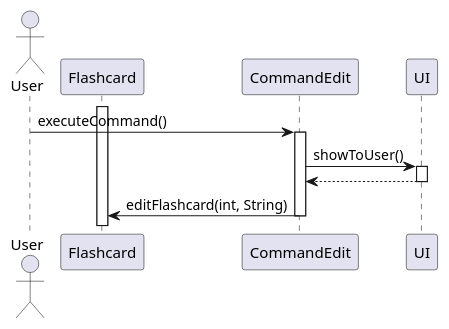
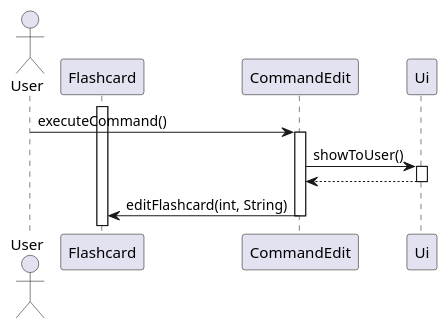
One commit to felfelyuen/tp changed the diagram in docs/diagrams/EditSequenceDiagram.puml. Above: the diagram before and after it, drawn with PlantUML. The commit also changed 1 other file, not shown here.

```diff
--- a/docs/diagrams/EditSequenceDiagram.puml
+++ b/docs/diagrams/EditSequenceDiagram.puml
@@ -1,11 +1,11 @@
 @startuml
 actor User
 activate Flashcard
 User -> CommandEdit : executeCommand()
 activate CommandEdit
-CommandEdit -> UI : showToUser()
-activate UI
+CommandEdit -> Ui : showToUser()
+activate Ui
 return
 CommandEdit -> Flashcard : editFlashcard(int, String)
 deactivate CommandEdit
 @enduml
```
